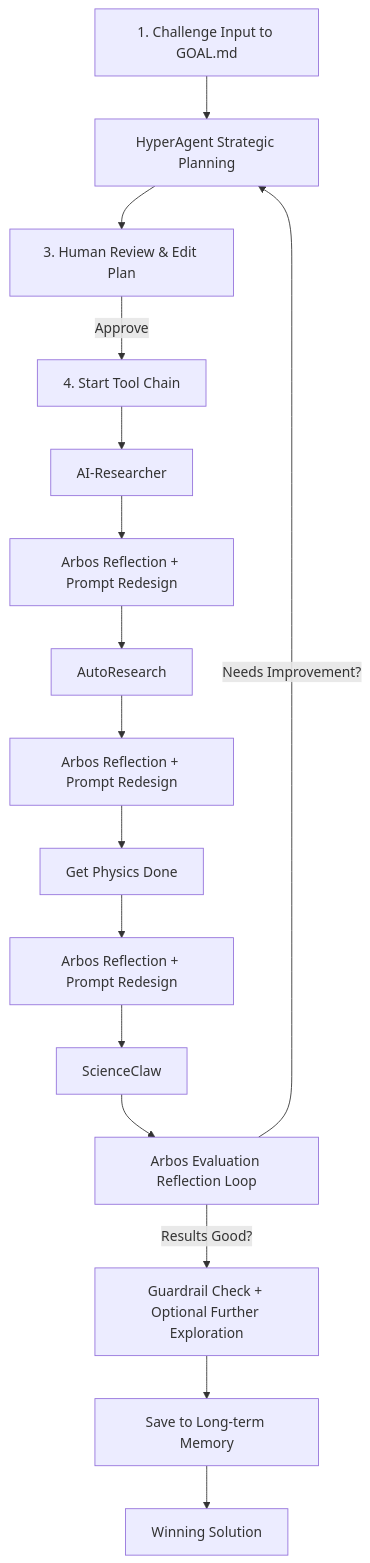
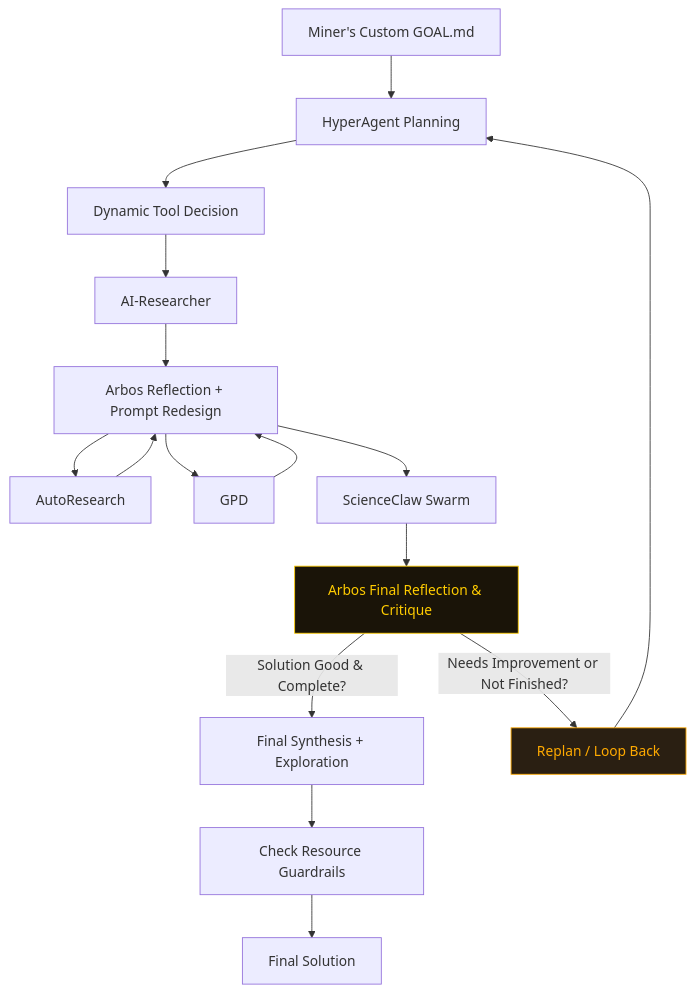
The diagram in README.md (jbequ5/Enigma-Machine-Miner), drawn with Mermaid before and after one commit. The commit also changed other lines of this file, not shown here.

````diff
--- a/README.md
+++ b/README.md
@@ -38,21 +59,23 @@
 ```mermaid
-flowchart TD
-    A[1. Challenge Input to GOAL.md] --> B[2. HyperAgent Strategic Planning]
-    B --> C[3. Human Review & Edit Plan]
-    C -->|Approve| D[4. Start Tool Chain]
-
-    D --> E[AI-Researcher]
-    E --> F[Arbos Reflection + Prompt Redesign]
-    F --> G[AutoResearch]
-    G --> H[Arbos Reflection + Prompt Redesign]
-    H --> I[Get Physics Done]
-    I --> J[Arbos Reflection + Prompt Redesign]
-    J --> K[ScienceClaw]
-    K --> L[Arbos Evaluation Reflection Loop]
-
-    L -->|Results Good?| M[Guardrail Check + Optional Further Exploration]
-    L -->|Needs Improvement?| B[HyperAgent Strategic Planning]
-
-    M --> N[Save to Long-term Memory]
-    N --> O[Winning Solution]
+graph TD
+    A[Miner's Custom GOAL.md] --> B[HyperAgent Planning<br>With Miner Approval]
+    B --> C[Dynamic Tool Decision]
+    C --> D[AI-Researcher]
+    D --> E[Arbos Reflection + Prompt Redesign]
+    E --> F[AutoResearch]
+    F --> E
+    E --> G[GPD]
+    G --> E
+    E --> H[ScienceClaw Swarm]
+    H --> I[Arbos Final Reflection & Critique]
+    
+    I -->|Solution Good & Complete?| J[Final Synthesis + Exploration]
+    I -->|Needs Improvement or Not Finished?| K[Replan / Loop Back]
+    
+    K --> B[HyperAgent Planning]
+    J --> L[Check Resource Guardrails]
+    L --> M[Final Solution]
+    
+    style I fill:#1a1408,stroke:#ffcc00,color:#ffcc00
+    style K fill:#2a1f12,stroke:#ffaa00,color:#ffaa00
 ```
````
